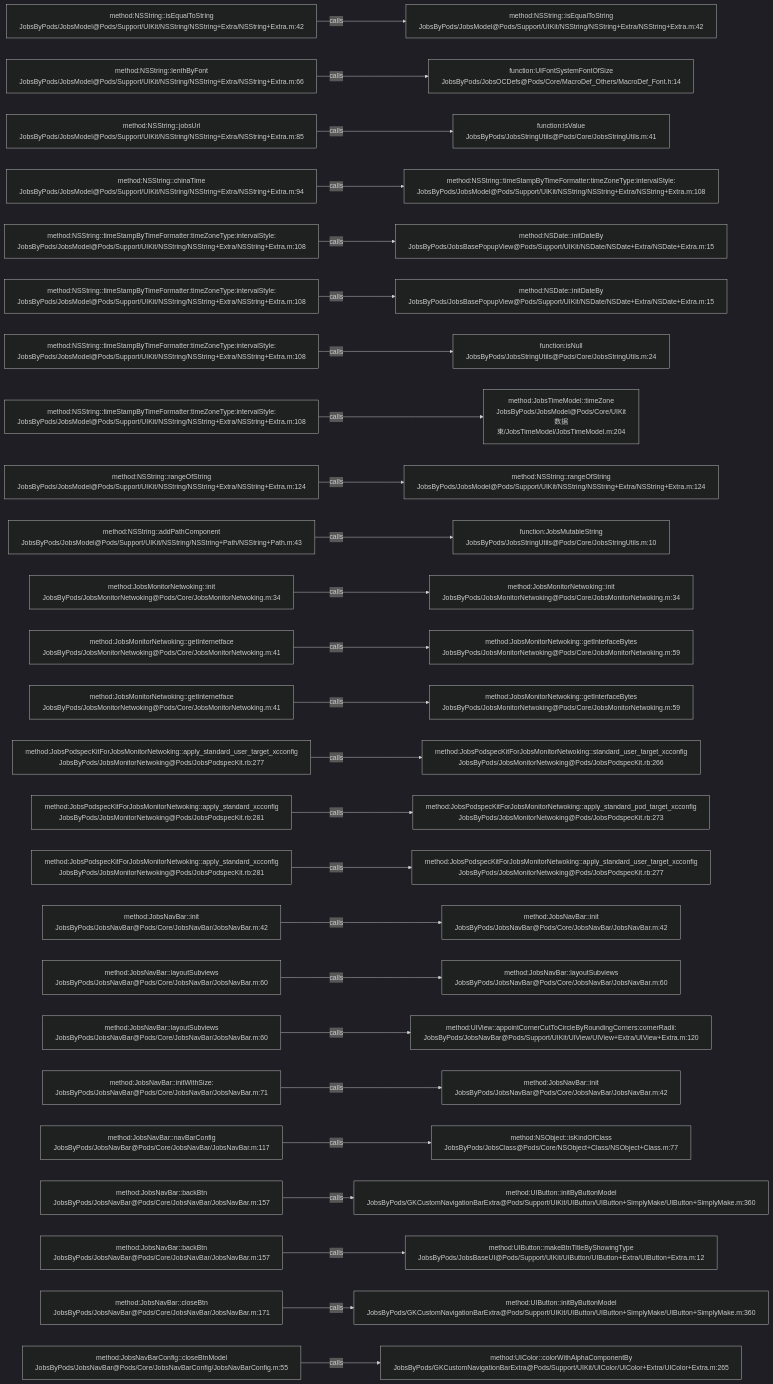
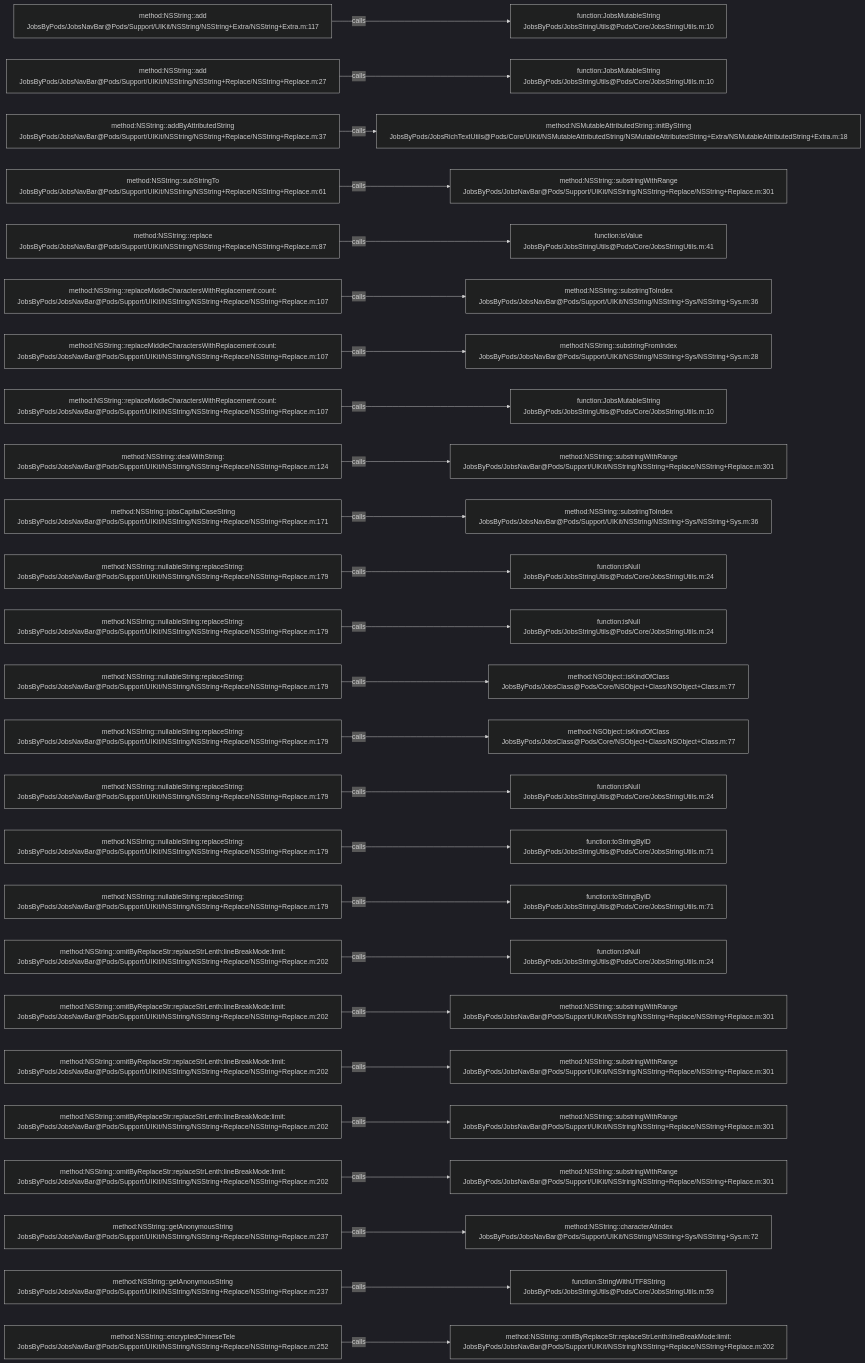
Before and after one commit to JobsKits/JobsOCBaseConfigDemo: the diagram in .codegraph/codegraph.md/graphs/calls-115.md, drawn with Mermaid (dark theme). The commit also changed 639 other files, not shown here.

````diff
--- a/.codegraph/codegraph.md/graphs/calls-115.md
+++ b/.codegraph/codegraph.md/graphs/calls-115.md
@@ -13,78 +13,78 @@
 ```mermaid
 flowchart LR
-  S1["method:NSString::isEqualToString<br/>JobsByPods/JobsModel@Pods/Support/UIKit/NSString/NSString+Extra/NSString+Extra.m:42"]
-  T1["method:NSString::isEqualToString<br/>JobsByPods/JobsModel@Pods/Support/UIKit/NSString/NSString+Extra/NSString+Extra.m:42"]
+  S1["method:NSString::add<br/>JobsByPods/JobsNavBar@Pods/Support/UIKit/NSString/NSString+Extra/NSString+Extra.m:117"]
+  T1["function:JobsMutableString<br/>JobsByPods/JobsStringUtils@Pods/Core/JobsStringUtils.m:10"]
   S1 -->|calls| T1
-  S2["method:NSString::lenthByFont<br/>JobsByPods/JobsModel@Pods/Support/UIKit/NSString/NSString+Extra/NSString+Extra.m:66"]
-  T2["function:UIFontSystemFontOfSize<br/>JobsByPods/JobsOCDefs@Pods/Core/MacroDef_Others/MacroDef_Font.h:14"]
+  S2["method:NSString::add<br/>JobsByPods/JobsNavBar@Pods/Support/UIKit/NSString/NSString+Replace/NSString+Replace.m:27"]
+  T2["function:JobsMutableString<br/>JobsByPods/JobsStringUtils@Pods/Core/JobsStringUtils.m:10"]
   S2 -->|calls| T2
-  S3["method:NSString::jobsUrl<br/>JobsByPods/JobsModel@Pods/Support/UIKit/NSString/NSString+Extra/NSString+Extra.m:85"]
-  T3["function:isValue<br/>JobsByPods/JobsStringUtils@Pods/Core/JobsStringUtils.m:41"]
+  S3["method:NSString::addByAttributedString<br/>JobsByPods/JobsNavBar@Pods/Support/UIKit/NSString/NSString+Replace/NSString+Replace.m:37"]
+  T3["method:NSMutableAttributedString::initByString<br/>JobsByPods/JobsRichTextUtils@Pods/Core/UIKit/NSMutableAttributedString/NSMutableAttributedString+Extra/NSMutableAttributedString+Extra.m:18"]
   S3 -->|calls| T3
-  S4["method:NSString::chinaTime<br/>JobsByPods/JobsModel@Pods/Support/UIKit/NSString/NSString+Extra/NSString+Extra.m:94"]
-  T4["method:NSString::timeStampByTimeFormatter:timeZoneType:intervalStyle:<br/>JobsByPods/JobsModel@Pods/Support/UIKit/NSString/NSString+Extra/NSString+Extra.m:108"]
+  S4["method:NSString::subStringTo<br/>JobsByPods/JobsNavBar@Pods/Support/UIKit/NSString/NSString+Replace/NSString+Replace.m:61"]
+  T4["method:NSString::substringWithRange<br/>JobsByPods/JobsNavBar@Pods/Support/UIKit/NSString/NSString+Replace/NSString+Replace.m:301"]
   S4 -->|calls| T4
-  S5["method:NSString::timeStampByTimeFormatter:timeZoneType:intervalStyle:<br/>JobsByPods/JobsModel@Pods/Support/UIKit/NSString/NSString+Extra/NSString+Extra.m:108"]
-  T5["method:NSDate::initDateBy<br/>JobsByPods/JobsBasePopupView@Pods/Support/UIKit/NSDate/NSDate+Extra/NSDate+Extra.m:15"]
+  S5["method:NSString::replace<br/>JobsByPods/JobsNavBar@Pods/Support/UIKit/NSString/NSString+Replace/NSString+Replace.m:87"]
+  T5["function:isValue<br/>JobsByPods/JobsStringUtils@Pods/Core/JobsStringUtils.m:41"]
   S5 -->|calls| T5
-  S6["method:NSString::timeStampByTimeFormatter:timeZoneType:intervalStyle:<br/>JobsByPods/JobsModel@Pods/Support/UIKit/NSString/NSString+Extra/NSString+Extra.m:108"]
-  T6["method:NSDate::initDateBy<br/>JobsByPods/JobsBasePopupView@Pods/Support/UIKit/NSDate/NSDate+Extra/NSDate+Extra.m:15"]
+  S6["method:NSString::replaceMiddleCharactersWithReplacement:count:<br/>JobsByPods/JobsNavBar@Pods/Support/UIKit/NSString/NSString+Replace/NSString+Replace.m:107"]
+  T6["method:NSString::substringToIndex<br/>JobsByPods/JobsNavBar@Pods/Support/UIKit/NSString/NSString+Sys/NSString+Sys.m:36"]
   S6 -->|calls| T6
-  S7["method:NSString::timeStampByTimeFormatter:timeZoneType:intervalStyle:<br/>JobsByPods/JobsModel@Pods/Support/UIKit/NSString/NSString+Extra/NSString+Extra.m:108"]
-  T7["function:isNull<br/>JobsByPods/JobsStringUtils@Pods/Core/JobsStringUtils.m:24"]
+  S7["method:NSString::replaceMiddleCharactersWithReplacement:count:<br/>JobsByPods/JobsNavBar@Pods/Support/UIKit/NSString/NSString+Replace/NSString+Replace.m:107"]
+  T7["method:NSString::substringFromIndex<br/>JobsByPods/JobsNavBar@Pods/Support/UIKit/NSString/NSString+Sys/NSString+Sys.m:28"]
   S7 -->|calls| T7
-  S8["method:NSString::timeStampByTimeFormatter:timeZoneType:intervalStyle:<br/>JobsByPods/JobsModel@Pods/Support/UIKit/NSString/NSString+Extra/NSString+Extra.m:108"]
-  T8["method:JobsTimeModel::timeZone<br/>JobsByPods/JobsModel@Pods/Core/UIKit数据束/JobsTimeModel/JobsTimeModel.m:204"]
+  S8["method:NSString::replaceMiddleCharactersWithReplacement:count:<br/>JobsByPods/JobsNavBar@Pods/Support/UIKit/NSString/NSString+Replace/NSString+Replace.m:107"]
+  T8["function:JobsMutableString<br/>JobsByPods/JobsStringUtils@Pods/Core/JobsStringUtils.m:10"]
   S8 -->|calls| T8
-  S9["method:NSString::rangeOfString<br/>JobsByPods/JobsModel@Pods/Support/UIKit/NSString/NSString+Extra/NSString+Extra.m:124"]
-  T9["method:NSString::rangeOfString<br/>JobsByPods/JobsModel@Pods/Support/UIKit/NSString/NSString+Extra/NSString+Extra.m:124"]
+  S9["method:NSString::dealWithString:<br/>JobsByPods/JobsNavBar@Pods/Support/UIKit/NSString/NSString+Replace/NSString+Replace.m:124"]
+  T9["method:NSString::substringWithRange<br/>JobsByPods/JobsNavBar@Pods/Support/UIKit/NSString/NSString+Replace/NSString+Replace.m:301"]
   S9 -->|calls| T9
-  S10["method:NSString::addPathComponent<br/>JobsByPods/JobsModel@Pods/Support/UIKit/NSString/NSString+Path/NSString+Path.m:43"]
-  T10["function:JobsMutableString<br/>JobsByPods/JobsStringUtils@Pods/Core/JobsStringUtils.m:10"]
+  S10["method:NSString::jobsCapitalCaseString<br/>JobsByPods/JobsNavBar@Pods/Support/UIKit/NSString/NSString+Replace/NSString+Replace.m:171"]
+  T10["method:NSString::substringToIndex<br/>JobsByPods/JobsNavBar@Pods/Support/UIKit/NSString/NSString+Sys/NSString+Sys.m:36"]
   S10 -->|calls| T10
-  S11["method:JobsMonitorNetwoking::init<br/>JobsByPods/JobsMonitorNetwoking@Pods/Core/JobsMonitorNetwoking.m:34"]
-  T11["method:JobsMonitorNetwoking::init<br/>JobsByPods/JobsMonitorNetwoking@Pods/Core/JobsMonitorNetwoking.m:34"]
+  S11["method:NSString::nullableString:replaceString:<br/>JobsByPods/JobsNavBar@Pods/Support/UIKit/NSString/NSString+Replace/NSString+Replace.m:179"]
+  T11["function:isNull<br/>JobsByPods/JobsStringUtils@Pods/Core/JobsStringUtils.m:24"]
   S11 -->|calls| T11
-  S12["method:JobsMonitorNetwoking::getInternetface<br/>JobsByPods/JobsMonitorNetwoking@Pods/Core/JobsMonitorNetwoking.m:41"]
-  T12["method:JobsMonitorNetwoking::getInterfaceBytes<br/>JobsByPods/JobsMonitorNetwoking@Pods/Core/JobsMonitorNetwoking.m:59"]
+  S12["method:NSString::nullableString:replaceString:<br/>JobsByPods/JobsNavBar@Pods/Support/UIKit/NSString/NSString+Replace/NSString+Replace.m:179"]
+  T12["function:isNull<br/>JobsByPods/JobsStringUtils@Pods/Core/JobsStringUtils.m:24"]
   S12 -->|calls| T12
-  S13["method:JobsMonitorNetwoking::getInternetface<br/>JobsByPods/JobsMonitorNetwoking@Pods/Core/JobsMonitorNetwoking.m:41"]
-  T13["method:JobsMonitorNetwoking::getInterfaceBytes<br/>JobsByPods/JobsMonitorNetwoking@Pods/Core/JobsMonitorNetwoking.m:59"]
+  S13["method:NSString::nullableString:replaceString:<br/>JobsByPods/JobsNavBar@Pods/Support/UIKit/NSString/NSString+Replace/NSString+Replace.m:179"]
+  T13["method:NSObject::isKindOfClass<br/>JobsByPods/JobsClass@Pods/Core/NSObject+Class/NSObject+Class.m:77"]
   S13 -->|calls| T13
-  S14["method:JobsPodspecKitForJobsMonitorNetwoking::apply_standard_user_target_xcconfig<br/>JobsByPods/JobsMonitorNetwoking@Pods/JobsPodspecKit.rb:277"]
-  T14["method:JobsPodspecKitForJobsMonitorNetwoking::standard_user_target_xcconfig<br/>JobsByPods/JobsMonitorNetwoking@Pods/JobsPodspecKit.rb:266"]
+  S14["method:NSString::nullableString:replaceString:<br/>JobsByPods/JobsNavBar@Pods/Support/UIKit/NSString/NSString+Replace/NSString+Replace.m:179"]
+  T14["method:NSObject::isKindOfClass<br/>JobsByPods/JobsClass@Pods/Core/NSObject+Class/NSObject+Class.m:77"]
   S14 -->|calls| T14
-  S15["method:JobsPodspecKitForJobsMonitorNetwoking::apply_standard_xcconfig<br/>JobsByPods/JobsMonitorNetwoking@Pods/JobsPodspecKit.rb:281"]
-  T15["method:JobsPodspecKitForJobsMonitorNetwoking::apply_standard_pod_target_xcconfig<br/>JobsByPods/JobsMonitorNetwoking@Pods/JobsPodspecKit.rb:273"]
+  S15["method:NSString::nullableString:replaceString:<br/>JobsByPods/JobsNavBar@Pods/Support/UIKit/NSString/NSString+Replace/NSString+Replace.m:179"]
+  T15["function:isNull<br/>JobsByPods/JobsStringUtils@Pods/Core/JobsStringUtils.m:24"]
   S15 -->|calls| T15
-  S16["method:JobsPodspecKitForJobsMonitorNetwoking::apply_standard_xcconfig<br/>JobsByPods/JobsMonitorNetwoking@Pods/JobsPodspecKit.rb:281"]
-  T16["method:JobsPodspecKitForJobsMonitorNetwoking::apply_standard_user_target_xcconfig<br/>JobsByPods/JobsMonitorNetwoking@Pods/JobsPodspecKit.rb:277"]
+  S16["method:NSString::nullableString:replaceString:<br/>JobsByPods/JobsNavBar@Pods/Support/UIKit/NSString/NSString+Replace/NSString+Replace.m:179"]
+  T16["function:toStringByID<br/>JobsByPods/JobsStringUtils@Pods/Core/JobsStringUtils.m:71"]
   S16 -->|calls| T16
-  S17["method:JobsNavBar::init<br/>JobsByPods/JobsNavBar@Pods/Core/JobsNavBar/JobsNavBar.m:42"]
-  T17["method:JobsNavBar::init<br/>JobsByPods/JobsNavBar@Pods/Core/JobsNavBar/JobsNavBar.m:42"]
+  S17["method:NSString::nullableString:replaceString:<br/>JobsByPods/JobsNavBar@Pods/Support/UIKit/NSString/NSString+Replace/NSString+Replace.m:179"]
+  T17["function:toStringByID<br/>JobsByPods/JobsStringUtils@Pods/Core/JobsStringUtils.m:71"]
   S17 -->|calls| T17
-  S18["method:JobsNavBar::layoutSubviews<br/>JobsByPods/JobsNavBar@Pods/Core/JobsNavBar/JobsNavBar.m:60"]
-  T18["method:JobsNavBar::layoutSubviews<br/>JobsByPods/JobsNavBar@Pods/Core/JobsNavBar/JobsNavBar.m:60"]
+  S18["method:NSString::omitByReplaceStr:replaceStrLenth:lineBreakMode:limit:<br/>JobsByPods/JobsNavBar@Pods/Support/UIKit/NSString/NSString+Replace/NSString+Replace.m:202"]
+  T18["function:isNull<br/>JobsByPods/JobsStringUtils@Pods/Core/JobsStringUtils.m:24"]
   S18 -->|calls| T18
-  S19["method:JobsNavBar::layoutSubviews<br/>JobsByPods/JobsNavBar@Pods/Core/JobsNavBar/JobsNavBar.m:60"]
-  T19["method:UIView::appointCornerCutToCircleByRoundingCorners:cornerRadii:<br/>JobsByPods/JobsNavBar@Pods/Support/UIKit/UIView/UIView+Extra/UIView+Extra.m:120"]
+  S19["method:NSString::omitByReplaceStr:replaceStrLenth:lineBreakMode:limit:<br/>JobsByPods/JobsNavBar@Pods/Support/UIKit/NSString/NSString+Replace/NSString+Replace.m:202"]
+  T19["method:NSString::substringWithRange<br/>JobsByPods/JobsNavBar@Pods/Support/UIKit/NSString/NSString+Replace/NSString+Replace.m:301"]
   S19 -->|calls| T19
-  S20["method:JobsNavBar::initWithSize:<br/>JobsByPods/JobsNavBar@Pods/Core/JobsNavBar/JobsNavBar.m:71"]
-  T20["method:JobsNavBar::init<br/>JobsByPods/JobsNavBar@Pods/Core/JobsNavBar/JobsNavBar.m:42"]
+  S20["method:NSString::omitByReplaceStr:replaceStrLenth:lineBreakMode:limit:<br/>JobsByPods/JobsNavBar@Pods/Support/UIKit/NSString/NSString+Replace/NSString+Replace.m:202"]
+  T20["method:NSString::substringWithRange<br/>JobsByPods/JobsNavBar@Pods/Support/UIKit/NSString/NSString+Replace/NSString+Replace.m:301"]
   S20 -->|calls| T20
-  S21["method:JobsNavBar::navBarConfig<br/>JobsByPods/JobsNavBar@Pods/Core/JobsNavBar/JobsNavBar.m:117"]
-  T21["method:NSObject::isKindOfClass<br/>JobsByPods/JobsClass@Pods/Core/NSObject+Class/NSObject+Class.m:77"]
+  S21["method:NSString::omitByReplaceStr:replaceStrLenth:lineBreakMode:limit:<br/>JobsByPods/JobsNavBar@Pods/Support/UIKit/NSString/NSString+Replace/NSString+Replace.m:202"]
+  T21["method:NSString::substringWithRange<br/>JobsByPods/JobsNavBar@Pods/Support/UIKit/NSString/NSString+Replace/NSString+Replace.m:301"]
   S21 -->|calls| T21
-  S22["method:JobsNavBar::backBtn<br/>JobsByPods/JobsNavBar@Pods/Core/JobsNavBar/JobsNavBar.m:157"]
-  T22["method:UIButton::initByButtonModel<br/>JobsByPods/GKCustomNavigationBarExtra@Pods/Support/UIKit/UIButton/UIButton+SimplyMake/UIButton+SimplyMake.m:360"]
+  S22["method:NSString::omitByReplaceStr:replaceStrLenth:lineBreakMode:limit:<br/>JobsByPods/JobsNavBar@Pods/Support/UIKit/NSString/NSString+Replace/NSString+Replace.m:202"]
+  T22["method:NSString::substringWithRange<br/>JobsByPods/JobsNavBar@Pods/Support/UIKit/NSString/NSString+Replace/NSString+Replace.m:301"]
   S22 -->|calls| T22
-  S23["method:JobsNavBar::backBtn<br/>JobsByPods/JobsNavBar@Pods/Core/JobsNavBar/JobsNavBar.m:157"]
-  T23["method:UIButton::makeBtnTitleByShowingType<br/>JobsByPods/JobsBaseUI@Pods/Support/UIKit/UIButton/UIButton+Extra/UIButton+Extra.m:12"]
+  S23["method:NSString::getAnonymousString<br/>JobsByPods/JobsNavBar@Pods/Support/UIKit/NSString/NSString+Replace/NSString+Replace.m:237"]
+  T23["method:NSString::characterAtIndex<br/>JobsByPods/JobsNavBar@Pods/Support/UIKit/NSString/NSString+Sys/NSString+Sys.m:72"]
   S23 -->|calls| T23
-  S24["method:JobsNavBar::closeBtn<br/>JobsByPods/JobsNavBar@Pods/Core/JobsNavBar/JobsNavBar.m:171"]
-  T24["method:UIButton::initByButtonModel<br/>JobsByPods/GKCustomNavigationBarExtra@Pods/Support/UIKit/UIButton/UIButton+SimplyMake/UIButton+SimplyMake.m:360"]
+  S24["method:NSString::getAnonymousString<br/>JobsByPods/JobsNavBar@Pods/Support/UIKit/NSString/NSString+Replace/NSString+Replace.m:237"]
+  T24["function:StringWithUTF8String<br/>JobsByPods/JobsStringUtils@Pods/Core/JobsStringUtils.m:59"]
   S24 -->|calls| T24
-  S25["method:JobsNavBarConfig::closeBtnModel<br/>JobsByPods/JobsNavBar@Pods/Core/JobsNavBarConfig/JobsNavBarConfig.m:55"]
-  T25["method:UIColor::colorWithAlphaComponentBy<br/>JobsByPods/GKCustomNavigationBarExtra@Pods/Support/UIKit/UIColor/UIColor+Extra/UIColor+Extra.m:265"]
+  S25["method:NSString::encryptedChineseTele<br/>JobsByPods/JobsNavBar@Pods/Support/UIKit/NSString/NSString+Replace/NSString+Replace.m:252"]
+  T25["method:NSString::omitByReplaceStr:replaceStrLenth:lineBreakMode:limit:<br/>JobsByPods/JobsNavBar@Pods/Support/UIKit/NSString/NSString+Replace/NSString+Replace.m:202"]
   S25 -->|calls| T25
 ```
````
